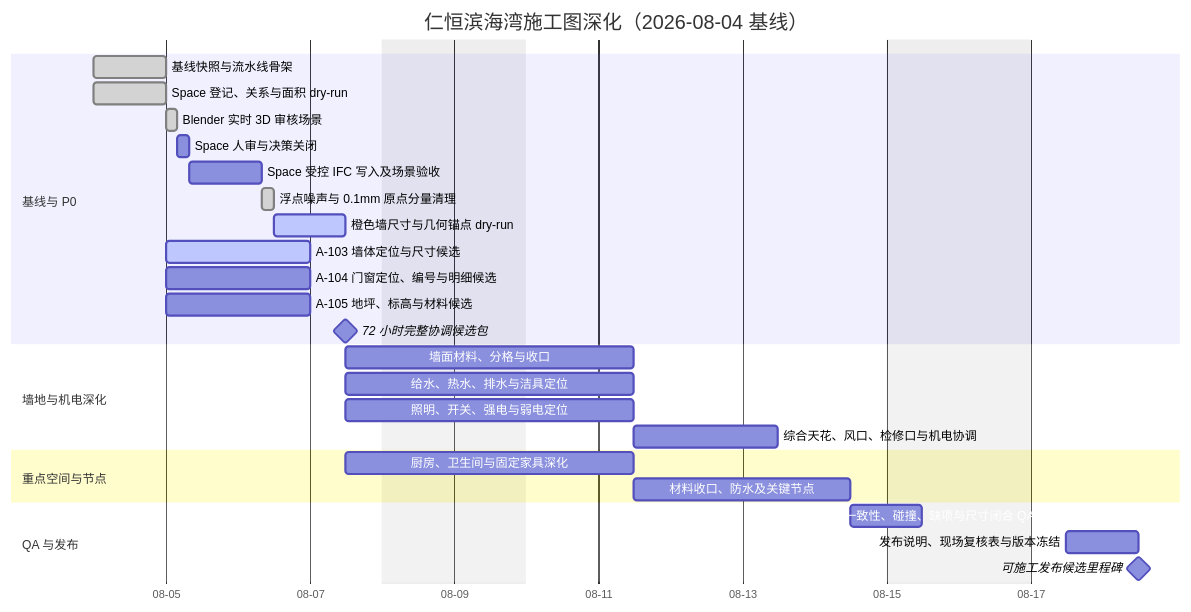
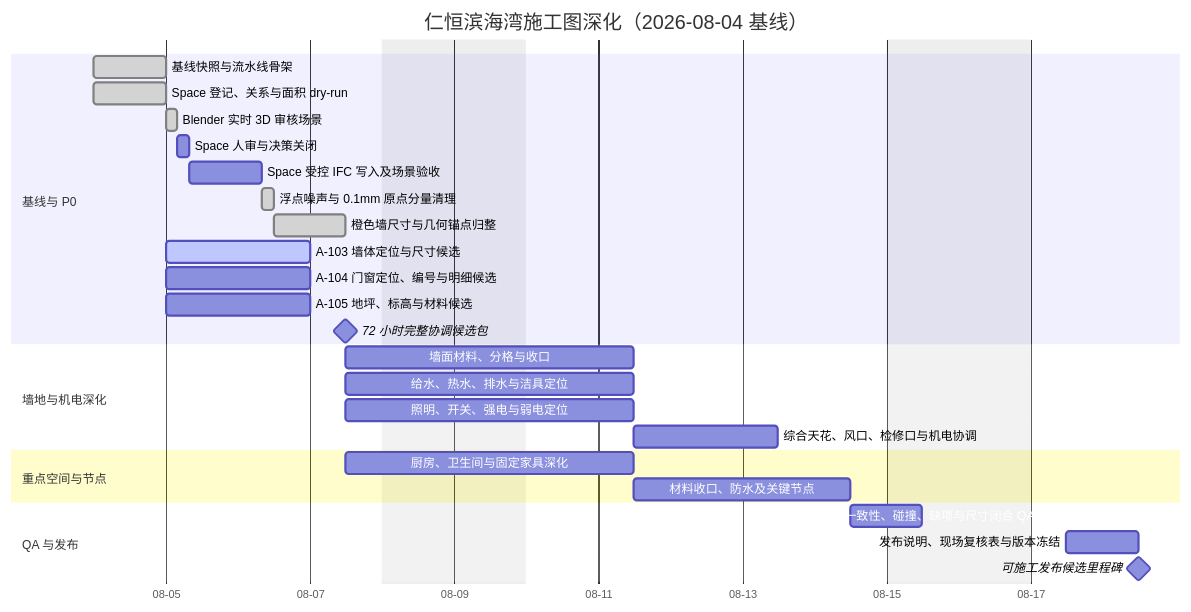
Before and after one commit to Weihan96/2504-GBTB-Yanlord-Zhuhai: the diagram in drawings/滨海湾装修施工图深化工作管理.md, drawn with Mermaid. The commit also changed other lines of this file and 4 other files, not shown here.

````diff
--- a/drawings/滨海湾装修施工图深化工作管理.md
+++ b/drawings/滨海湾装修施工图深化工作管理.md
@@ -64,35 +64,35 @@
 ```mermaid
 gantt
     title 仁恒滨海湾施工图深化（2026-08-04 基线）
     dateFormat  YYYY-MM-DD
     axisFormat  %m-%d
     excludes    weekends
 
     section 基线与 P0
     基线快照与流水线骨架                 :done, M000, 2026-08-04, 1d
     Space 登记、关系与面积 dry-run       :done, S001, 2026-08-04, 1d
     Blender 实时 3D 审核场景              :done, S002A, after S001, 4h
     Space 人审与决策关闭                 :S002, after S002A, 4h
     Space 受控 IFC 写入及场景验收         :S003, after S002, 1d
     浮点噪声与 0.1mm 原点分量清理          :done, C001, after S003, 4h
-    橙色墙尺寸与几何锚点 dry-run           :active, C002, after C001, 1d
+    橙色墙尺寸与几何锚点归整               :done, C002, after C001, 1d
     A-103 墙体定位与尺寸候选              :active, A103, after S001, 2d
     A-104 门窗定位、编号与明细候选         :A104, after S001, 2d
     A-105 地坪、标高与材料候选             :A105, after S001, 2d
     72 小时完整协调候选包                 :milestone, M072, after C002 A103 A104 A105, 0d
 
     section 墙地与机电深化
     墙面材料、分格与收口                  :WFIN, after M072, 2d
     给水、热水、排水与洁具定位             :PLUM, after M072, 2d
     照明、开关、强电与弱电定位             :ELEC, after M072, 2d
     综合天花、风口、检修口与机电协调        :RCP1, after ELEC, 2d
 
     section 重点空间与节点
     厨房、卫生间与固定家具深化             :INT1, after M072, 2d
     材料收口、防水及关键节点               :DET1, after INT1, 3d
 
     section QA 与发布
     跨图一致性、碰撞、缺项与尺寸闭合 QA     :QA01, after RCP1 DET1 WFIN PLUM, 1d
     发布说明、现场复核表与版本冻结           :REL1, after QA01, 1d
     可施工发布候选里程碑                   :milestone, MREL, after REL1, 0d
 ```
````
